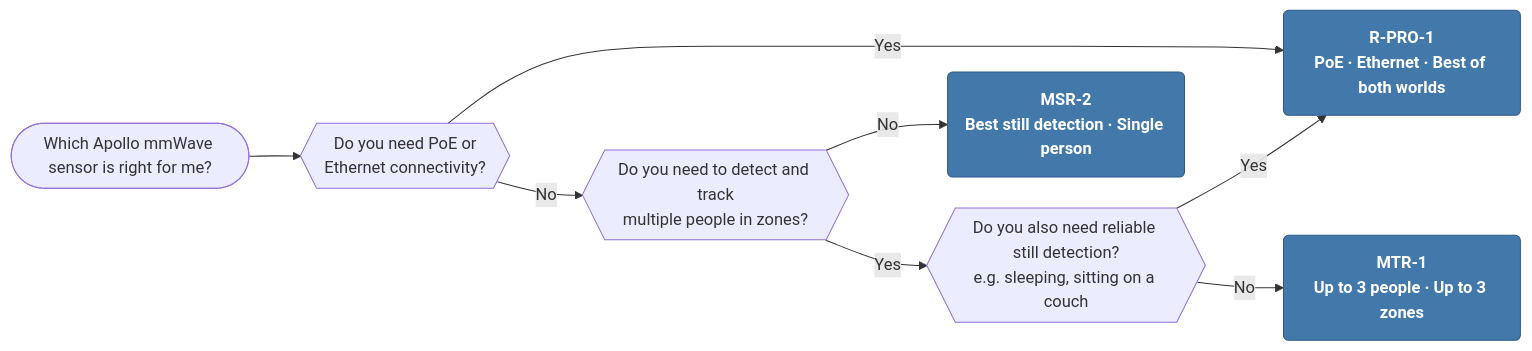
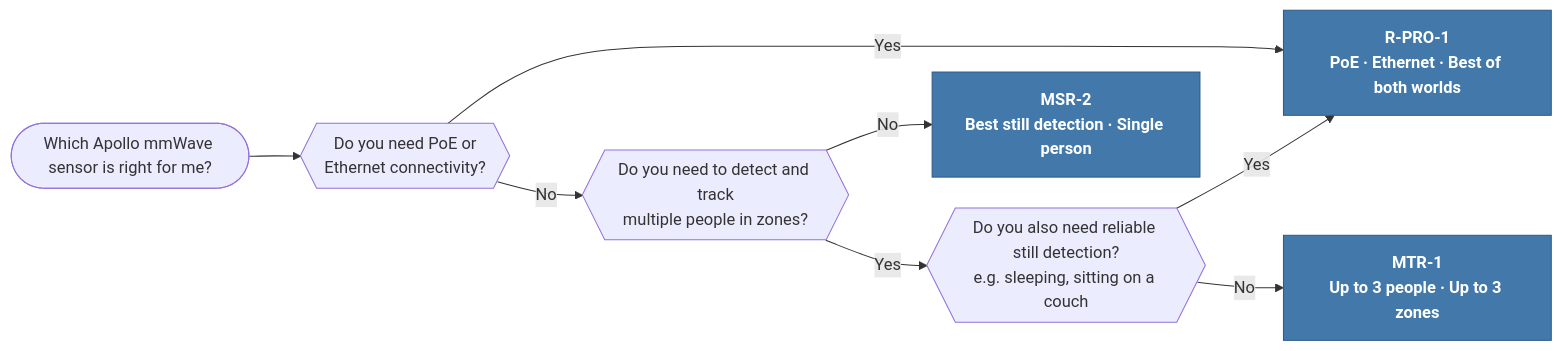
The diagram in docs/index.md (ApolloAutomation/docs), drawn with Mermaid before and after one commit.

Commit message:
Use rectangles for product nodes so all 3 shape types are distinct
pill (start) → hexagon (questions) → rectangle (products)

````diff
--- a/docs/index.md
+++ b/docs/index.md
@@ -13,27 +13,27 @@
 ```mermaid
 %%{init: {'flowchart': {'nodeSpacing': 30, 'rankSpacing': 50}}}%%
 flowchart LR
     START(["Which Apollo mmWave sensor is right for me?"])
 
     START --> Q1{{"Do you need PoE or<br/>Ethernet connectivity?"}}
 
     Q1 -->|Yes| RPRO
     Q1 -->|No| Q2{{"Do you need to detect and track<br/>multiple people in zones?"}}
 
     Q2 -->|Yes| Q3{{"Do you also need reliable still detection?<br/>e.g. sleeping, sitting on a couch"}}
     Q2 -->|No| MSR
 
     Q3 -->|Yes| RPRO
     Q3 -->|No| MTR
 
-    MSR("MSR-2<br/>Best still detection · Single person")
-    MTR("MTR-1<br/>Up to 3 people · Up to 3 zones")
-    RPRO("R-PRO-1<br/>PoE · Ethernet · Best of both worlds")
+    MSR["MSR-2<br/>Best still detection · Single person"]
+    MTR["MTR-1<br/>Up to 3 people · Up to 3 zones"]
+    RPRO["R-PRO-1<br/>PoE · Ethernet · Best of both worlds"]
 
     classDef product fill:#4379AA,stroke:#2d5a8a,color:#fff,font-weight:bold
     class MSR,MTR,RPRO product
 
     click MSR href "https://wiki.apolloautomation.com/products/msr2/introduction/" _blank
     click MTR href "https://wiki.apolloautomation.com/products/mtr1/introduction/" _blank
     click RPRO href "https://wiki.apolloautomation.com/products/rpro1/introduction/" _blank
 ```
````
